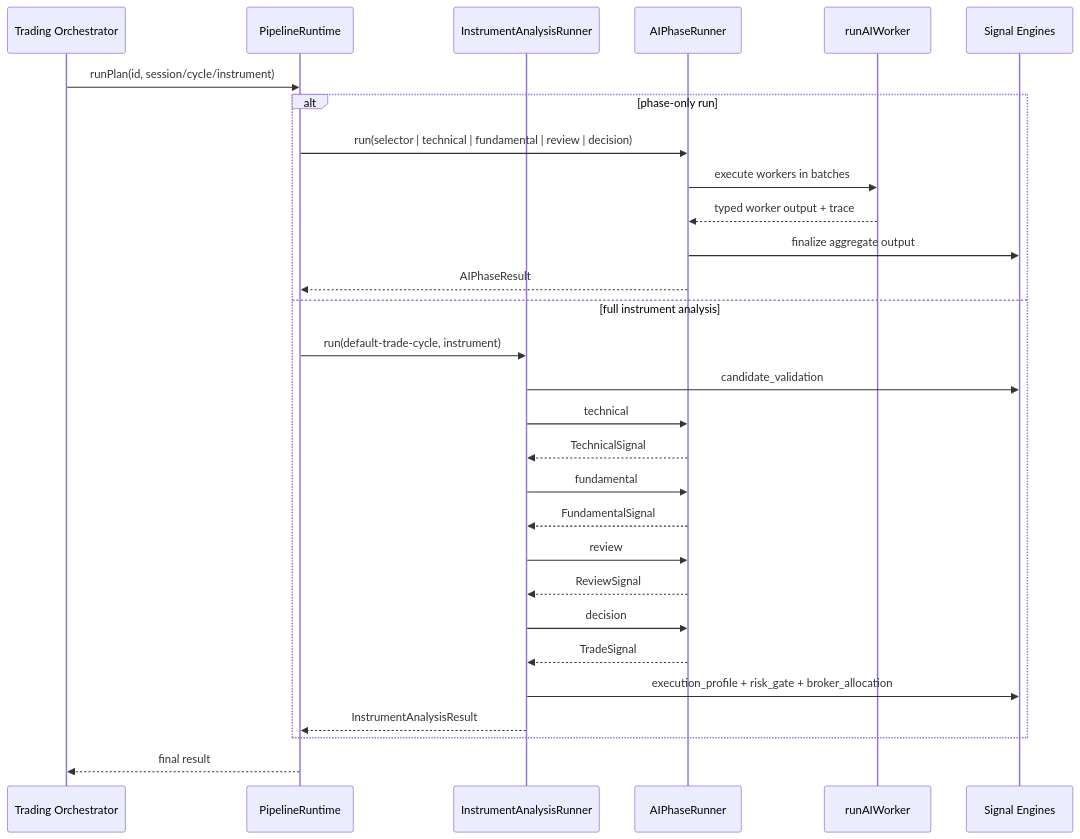
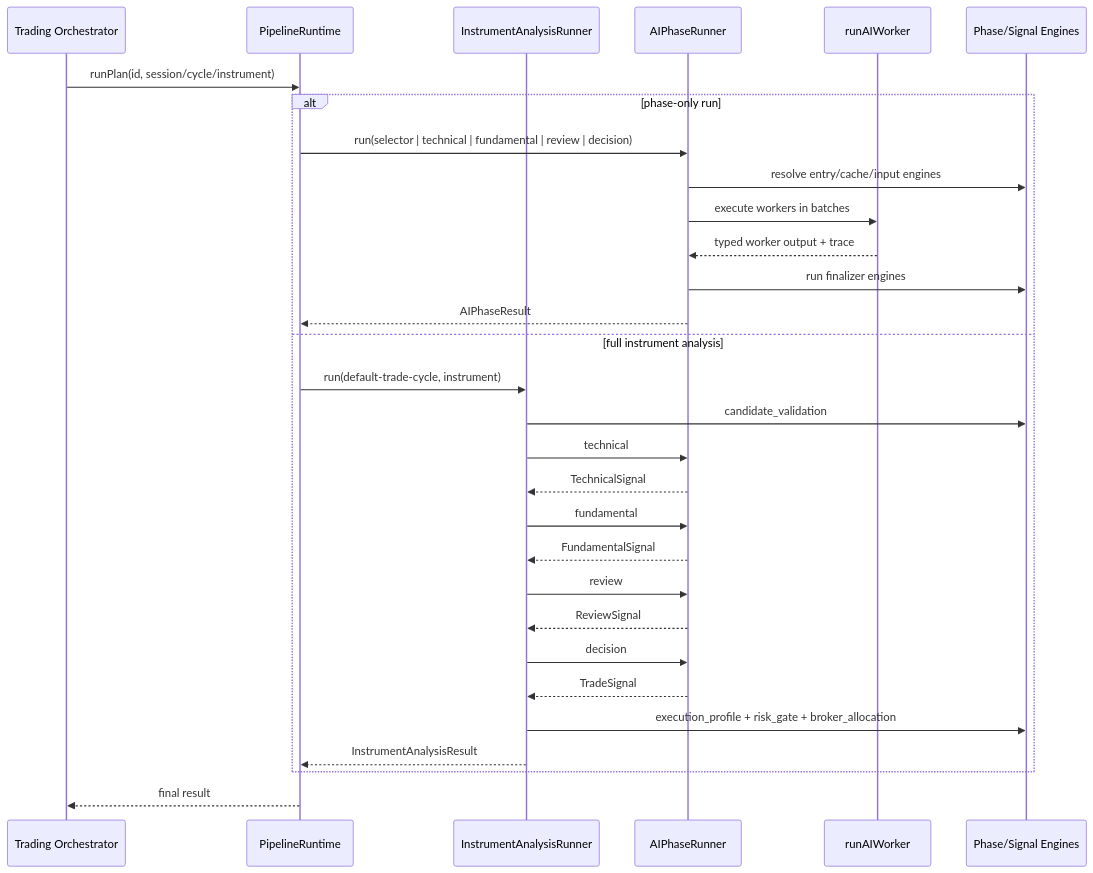
One commit to KennethAtchon/Exva changed the diagram in electron/main/services/pipeline/README.md. Above: the diagram before and after it, drawn with Mermaid. The commit also changed other lines of this file and 58 other files, not shown here.

First line of the commit message:
Refactor pipeline architecture and enhance phase definitions

````diff
--- a/electron/main/services/pipeline/README.md
+++ b/electron/main/services/pipeline/README.md
@@ -23,32 +24,33 @@
 ```mermaid
 sequenceDiagram
     participant Orchestrator as Trading Orchestrator
     participant Runtime as PipelineRuntime
     participant Analysis as InstrumentAnalysisRunner
     participant Phase as AIPhaseRunner
     participant Worker as runAIWorker
-    participant Engines as Signal Engines
+    participant Engines as Phase/Signal Engines
 
     Orchestrator->>Runtime: runPlan(id, session/cycle/instrument)
     alt phase-only run
         Runtime->>Phase: run(selector | technical | fundamental | review | decision)
+        Phase->>Engines: resolve entry/cache/input engines
         Phase->>Worker: execute workers in batches
         Worker-->>Phase: typed worker output + trace
-        Phase->>Engines: finalize aggregate output
+        Phase->>Engines: run finalizer engines
         Phase-->>Runtime: AIPhaseResult
     else full instrument analysis
         Runtime->>Analysis: run(default-trade-cycle, instrument)
         Analysis->>Engines: candidate_validation
         Analysis->>Phase: technical
         Phase-->>Analysis: TechnicalSignal
         Analysis->>Phase: fundamental
         Phase-->>Analysis: FundamentalSignal
         Analysis->>Phase: review
         Phase-->>Analysis: ReviewSignal
         Analysis->>Phase: decision
         Phase-->>Analysis: TradeSignal
         Analysis->>Engines: execution_profile + risk_gate + broker_allocation
         Analysis-->>Runtime: InstrumentAnalysisResult
     end
     Runtime-->>Orchestrator: final result
 ```
````
